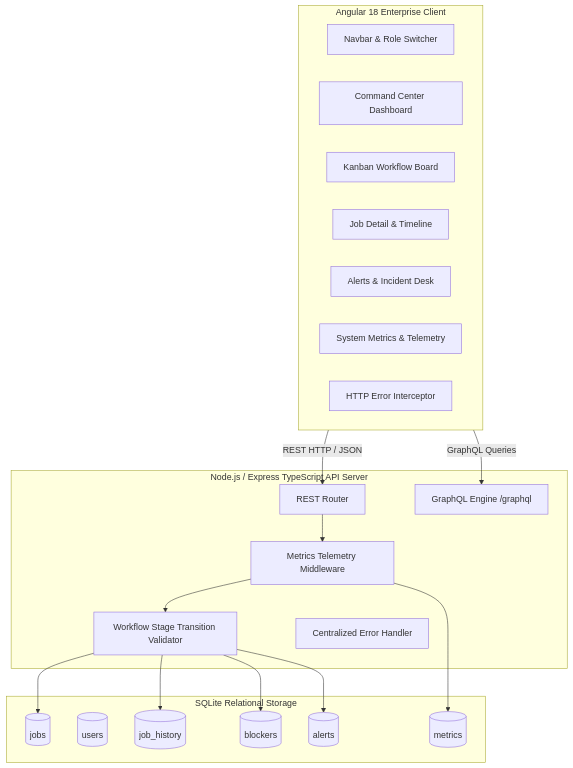
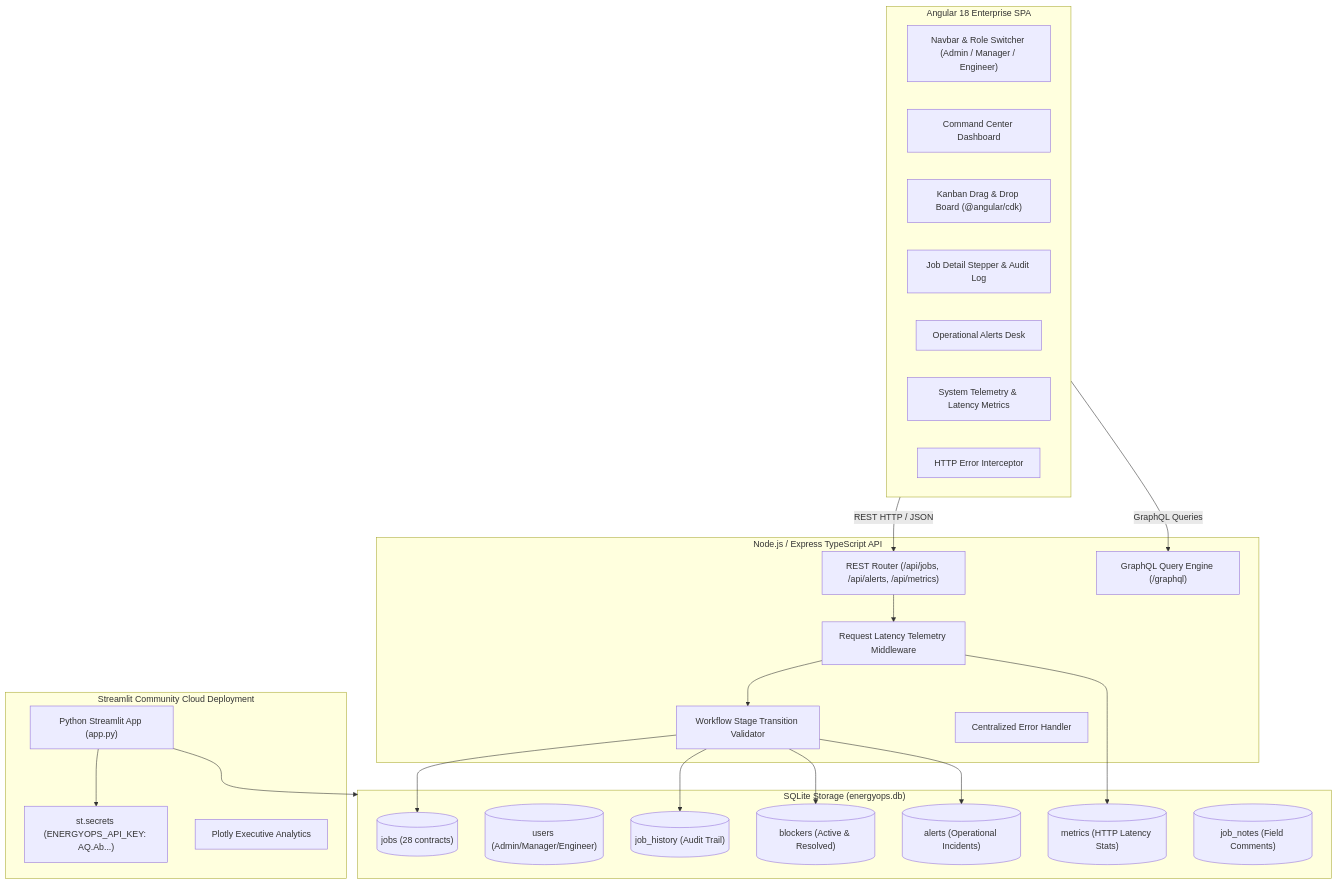
One commit to Dhanya562004/energyops-workflow-platform changed the first of 2 diagrams in README.md. Above: the diagram before and after it, drawn with Mermaid. The commit also changed other lines of this file, not shown here.

Commit message:
docs: add live Streamlit Cloud link and impressive enterprise README

````diff
--- a/README.md
+++ b/README.md
@@ -22,39 +42,48 @@
 ```mermaid
 flowchart TB
-    subgraph Frontend["Angular 18 Enterprise Client"]
-        Nav[Navbar & Role Switcher]
-        Dash[Command Center Dashboard]
-        Kanban[Kanban Workflow Board]
-        Detail[Job Detail & Timeline]
-        AlertUI[Alerts & Incident Desk]
-        MetricsUI[System Metrics & Telemetry]
-        Interceptor[HTTP Error Interceptor]
+    subgraph StreamlitCloud["Streamlit Community Cloud Deployment"]
+        stApp["Python Streamlit App (app.py)"]
+        stSecrets["st.secrets (ENERGYOPS_API_KEY: AQ.Ab...)"]
+        stPlotly["Plotly Executive Analytics"]
     end
 
-    subgraph Backend["Node.js / Express TypeScript API Server"]
-        Router[REST Router]
-        GraphQL[GraphQL Engine /graphql]
-        Validator[Workflow Stage Transition Validator]
-        MetricsMw[Metrics Telemetry Middleware]
-        ErrMw[Centralized Error Handler]
+    subgraph AngularClient["Angular 18 Enterprise SPA"]
+        Navbar["Navbar & Role Switcher (Admin / Manager / Engineer)"]
+        Dash["Command Center Dashboard"]
+        Kanban["Kanban Drag & Drop Board (@angular/cdk)"]
+        Detail["Job Detail Stepper & Audit Log"]
+        AlertsUI["Operational Alerts Desk"]
+        MetricsUI["System Telemetry & Latency Metrics"]
+        Interceptor["HTTP Error Interceptor"]
     end
 
-    subgraph Database["SQLite Relational Storage"]
-        Jobs[(jobs)]
-        Users[(users)]
-        History[(job_history)]
-        Blockers[(blockers)]
-        Alerts[(alerts)]
-        Metrics[(metrics)]
+    subgraph NodeBackend["Node.js / Express TypeScript API"]
+        Router["REST Router (/api/jobs, /api/alerts, /api/metrics)"]
+        GraphQL["GraphQL Query Engine (/graphql)"]
+        Validator["Workflow Stage Transition Validator"]
+        MetricsMw["Request Latency Telemetry Middleware"]
+        ErrMw["Centralized Error Handler"]
     end
 
-    Frontend -->|REST HTTP / JSON| Router
-    Frontend -->|GraphQL Queries| GraphQL
+    subgraph RelationalDB["SQLite Storage (energyops.db)"]
+        Jobs[("jobs (28 contracts)")]
+        Users[("users (Admin/Manager/Engineer)")]
+        History[("job_history (Audit Trail)")]
+        Blockers[("blockers (Active & Resolved)")]
+        Alerts[("alerts (Operational Incidents)")]
+        Metrics[("metrics (HTTP Latency Stats)")]
+        Notes[("job_notes (Field Comments)")]
+    end
+
+    stApp --> stSecrets
+    stApp --> RelationalDB
+    AngularClient -->|REST HTTP / JSON| Router
+    AngularClient -->|GraphQL Queries| GraphQL
     Router --> MetricsMw
     MetricsMw --> Validator
     Validator --> Jobs
     Validator --> History
     Validator --> Blockers
     Validator --> Alerts
     MetricsMw --> Metrics
 ```
````
